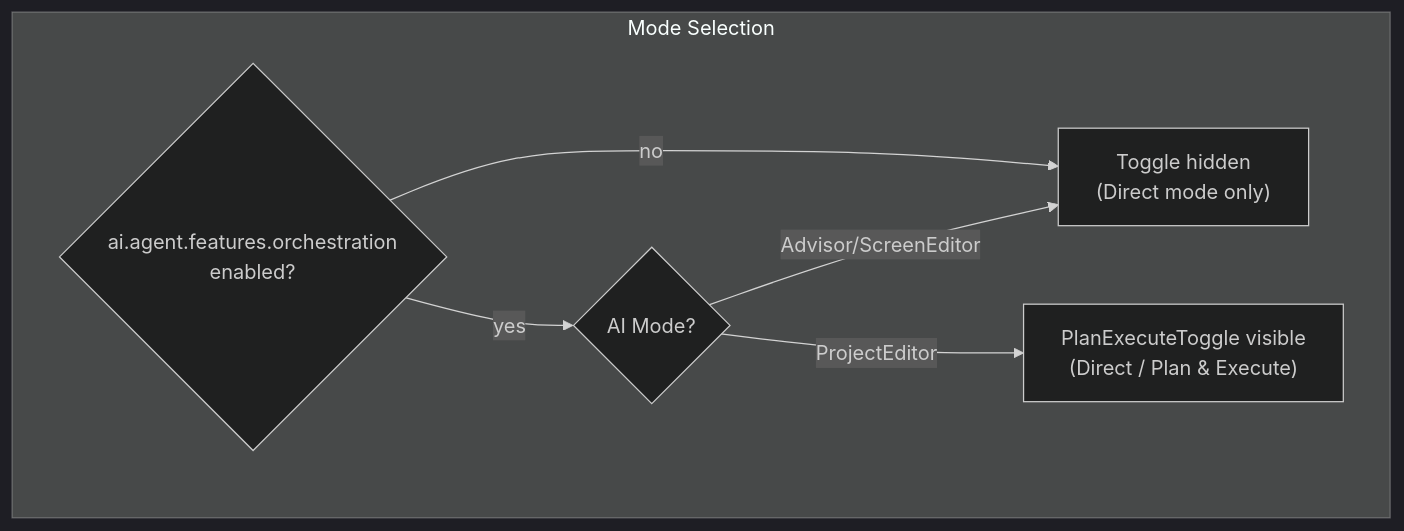
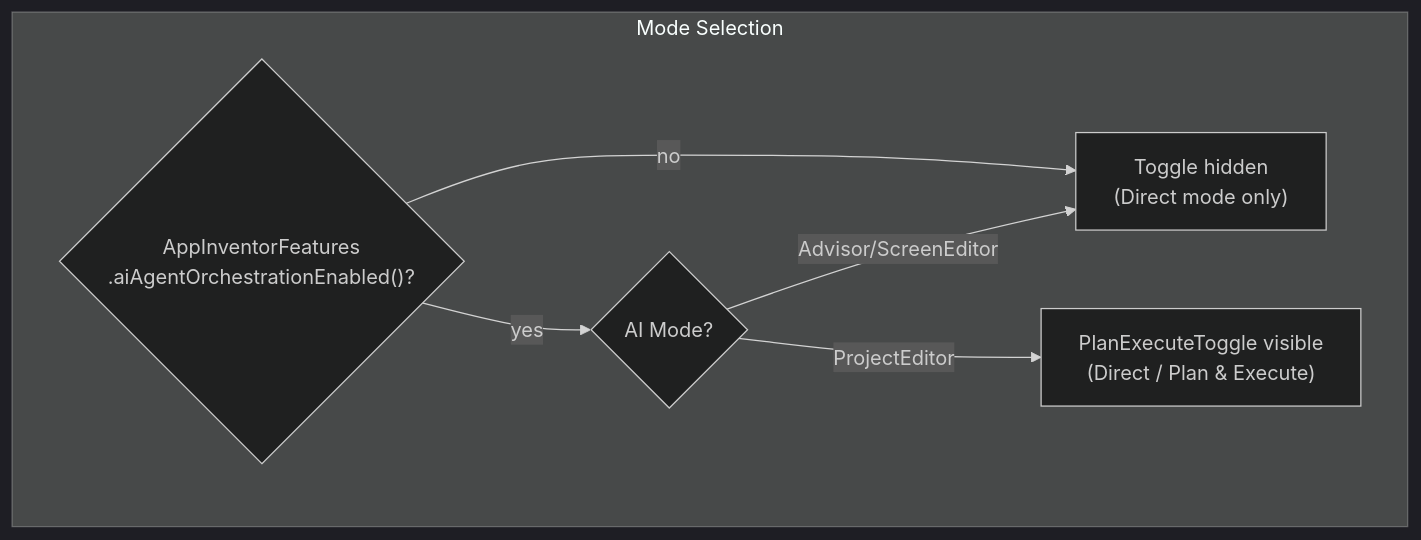
Diagram 13 of 18 in CONTRIBUTING_AI.md (mit-cml/appinventor-sources), drawn with Mermaid (dark theme) before and after one commit. The commit also changed other lines of this file and 17 other files, not shown here.

````diff
--- a/CONTRIBUTING_AI.md
+++ b/CONTRIBUTING_AI.md
@@ -1100,14 +1100,14 @@
 ```mermaid
 flowchart TB
     subgraph "Mode Selection"
-        Flag{"ai.agent.features.orchestration<br/>enabled?"}
+        Flag{"AppInventorFeatures<br/>.aiAgentOrchestrationEnabled()?"}
         Mode{"AI Mode?"}
         Toggle["PlanExecuteToggle visible<br/>(Direct / Plan & Execute)"]
         Hidden["Toggle hidden<br/>(Direct mode only)"]
 
         Flag -->|yes| Mode
         Flag -->|no| Hidden
         Mode -->|ProjectEditor| Toggle
         Mode -->|Advisor/ScreenEditor| Hidden
     end
 ```
````
